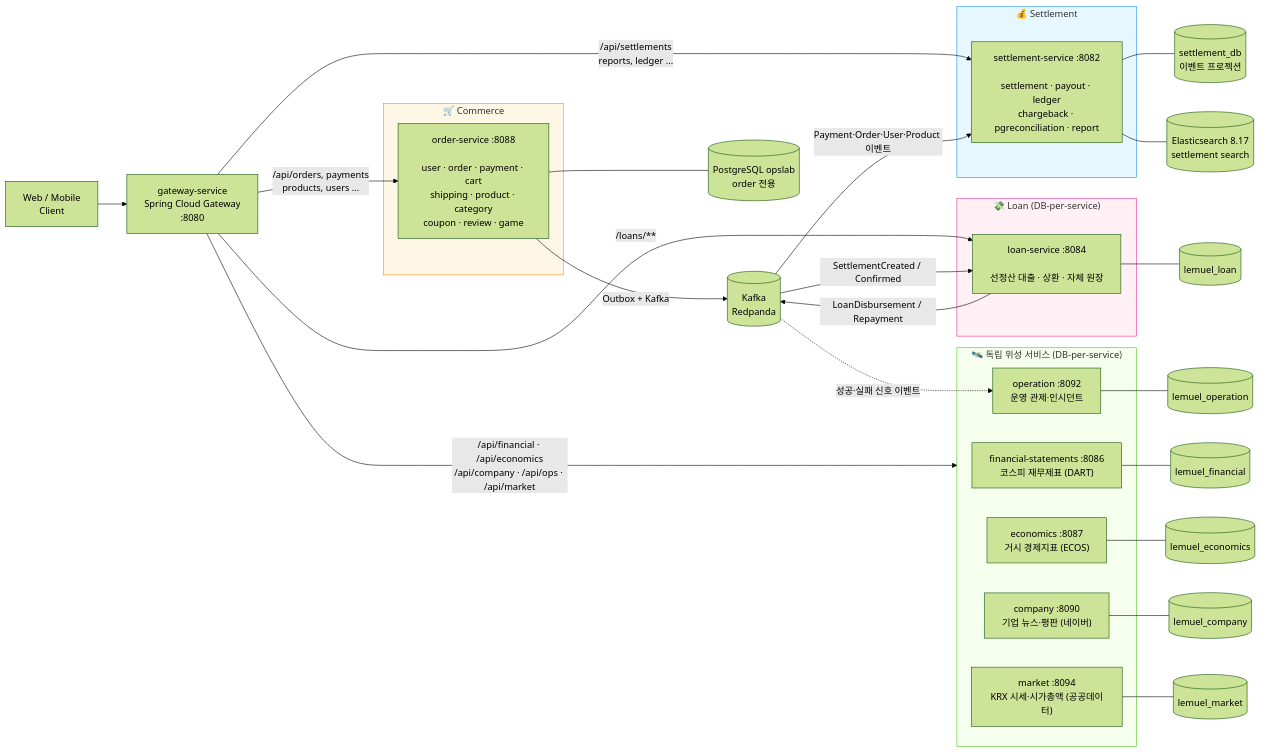
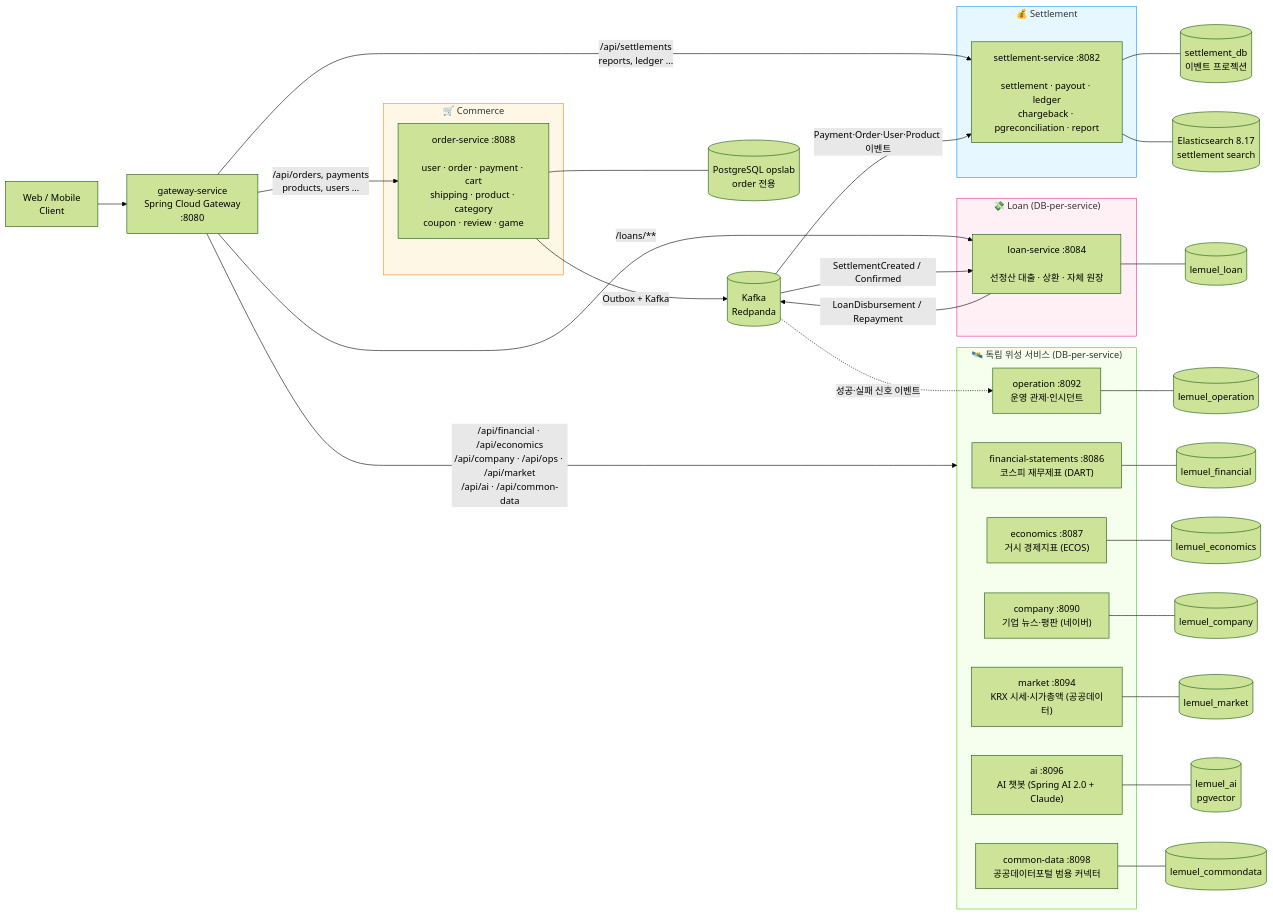
The diagram in README.md (MyoungSoo7/settlement), drawn with Mermaid (forest theme) before and after one commit. The commit also changed other lines of this file and 199 other files, not shown here.

````diff
--- a/README.md
+++ b/README.md
@@ -28,48 +28,52 @@
 ```mermaid
 flowchart LR
     Client["Web / Mobile<br/>Client"] --> GW
     GW["gateway-service<br/>Spring Cloud Gateway<br/>:8080"]
 
     GW -->|/api/orders, payments<br/>products, users ...| OS
     GW -->|/api/settlements<br/>reports, ledger ...| SS
     GW -->|/loans/**| LS
-    GW -->|/api/financial · /api/economics<br/>/api/company · /api/ops · /api/market| SAT
+    GW -->|/api/financial · /api/economics<br/>/api/company · /api/ops · /api/market<br/>/api/ai · /api/common-data| SAT
 
     subgraph commerce["🛒 Commerce"]
         OS["order-service :8088<br/><br/>user · order · payment · cart<br/>shipping · product · category<br/>coupon · review · game"]
     end
     subgraph settlement["💰 Settlement"]
         SS["settlement-service :8082<br/><br/>settlement · payout · ledger<br/>chargeback · pgreconciliation · report"]
     end
     subgraph loan["💸 Loan (DB-per-service)"]
         LS["loan-service :8084<br/><br/>선정산 대출 · 상환 · 자체 원장"]
     end
     subgraph SAT["🛰️ 독립 위성 서비스 (DB-per-service)"]
         FIN["financial-statements :8086<br/>코스피 재무제표 (DART)"]
         ECO["economics :8087<br/>거시 경제지표 (ECOS)"]
         COM["company :8090<br/>기업 뉴스·평판 (네이버)"]
         OPS["operation :8092<br/>운영 관제·인시던트"]
         MKT["market :8094<br/>KRX 시세·시가총액 (공공데이터)"]
+        AI["ai :8096<br/>AI 챗봇 (Spring AI 2.0 + Claude)"]
+        CDS["common-data :8098<br/>공공데이터포털 범용 커넥터"]
     end
 
     OS -->|Outbox + Kafka| K[(Kafka<br/>Redpanda)]
     K -->|Payment·Order·User·Product 이벤트| SS
     K -->|SettlementCreated / Confirmed| LS
     LS -->|LoanDisbursement / Repayment| K
     K -.->|성공·실패 신호 이벤트| OPS
 
     OS --- PG[(PostgreSQL opslab<br/>order 전용)]
     SS --- SDB[(settlement_db<br/>이벤트 프로젝션)]
     LS --- LDB[(lemuel_loan)]
     SS --- ES[(Elasticsearch 8.17<br/>settlement search)]
     FIN --- FDB[(lemuel_financial)]
     ECO --- EDB[(lemuel_economics)]
     COM --- CDB[(lemuel_company)]
     OPS --- ODB[(lemuel_operation)]
     MKT --- MDB[(lemuel_market)]
+    AI --- AIDB[(lemuel_ai<br/>pgvector)]
+    CDS --- CDDB[(lemuel_commondata)]
 
     style commerce fill:#fff7e6,stroke:#fa8c16
     style settlement fill:#e6f7ff,stroke:#1890ff
     style loan fill:#fff0f6,stroke:#eb2f96
     style SAT fill:#f6ffed,stroke:#52c41a
 ```
````
